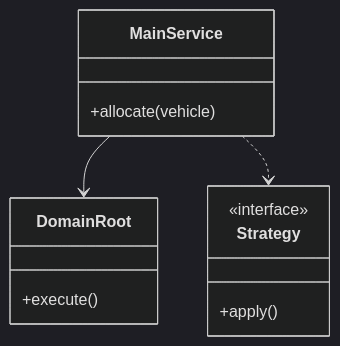
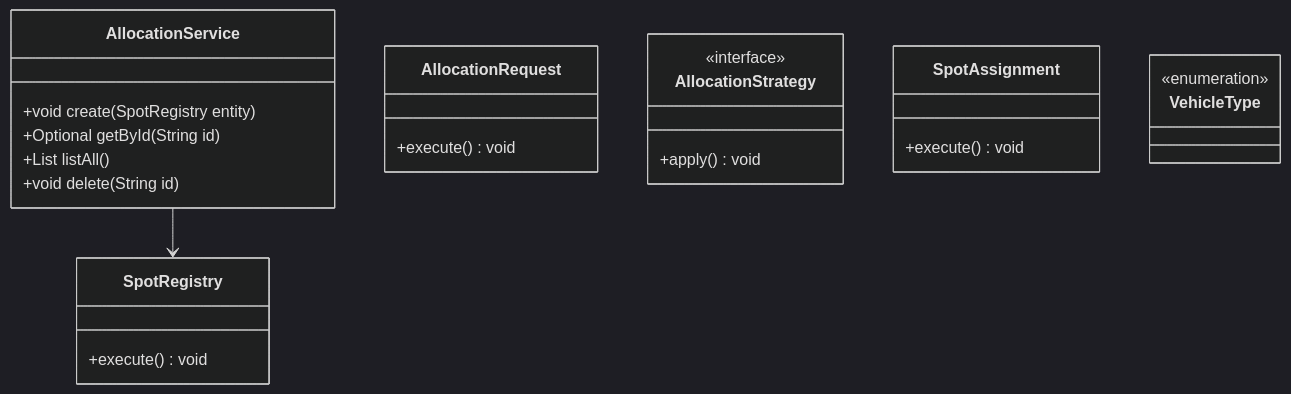
The first of 3 diagrams in Learn/System Design - Low Level Design/02-classic-ood/questions/Q58-parking-spot-allocation.md (madhupaila/Interview-Prep-SSE), drawn with Mermaid (dark theme) before and after one commit. The commit also changed other lines of this file and 491 other files, not shown here.

````diff
--- a/Learn/System Design - Low Level Design/02-classic-ood/questions/Q58-parking-spot-allocation.md
+++ b/Learn/System Design - Low Level Design/02-classic-ood/questions/Q58-parking-spot-allocation.md
@@ -74,15 +92,26 @@
 ```mermaid
 classDiagram
-    class MainService {
-        +allocate(vehicle)
+    class AllocationService {
+        +void create(SpotRegistry entity)
+        +Optional<SpotRegistry> getById(String id)
+        +List<SpotRegistry> listAll()
+        +void delete(String id)
     }
-    class DomainRoot {
-        +execute()
+    class SpotRegistry {
+        +execute() void
     }
-    class Strategy {
+    class AllocationRequest {
+        +execute() void
+    }
+    class AllocationStrategy {
         <<interface>>
-        +apply()
+        +apply() void
     }
-    MainService --> DomainRoot
-    MainService ..> Strategy
+    class SpotAssignment {
+        +execute() void
+    }
+    class VehicleType {
+        <<enumeration>>
+    }
+    AllocationService --> SpotRegistry
 ```
````
